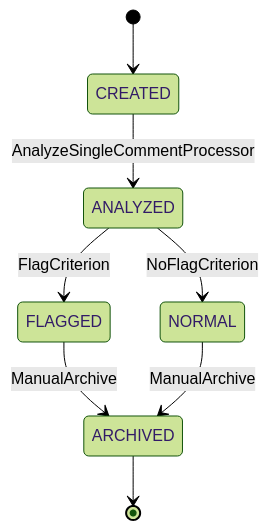
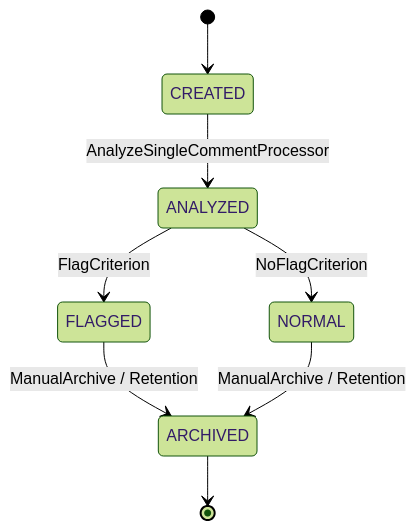
The second of 3 diagrams in src/main/java/com/java_template/prototype/functional_requirement.md (Cyoda-platform/java-client-template), drawn with Mermaid (forest theme) before and after one commit. The commit also changed other lines of this file, not shown here.

````diff
--- a/src/main/java/com/java_template/prototype/functional_requirement.md
+++ b/src/main/java/com/java_template/prototype/functional_requirement.md
@@ -75,10 +140,10 @@
 ```mermaid
 stateDiagram-v2
     [*] --> CREATED
     CREATED --> ANALYZED : AnalyzeSingleCommentProcessor
     ANALYZED --> FLAGGED : FlagCriterion
     ANALYZED --> NORMAL : NoFlagCriterion
-    FLAGGED --> ARCHIVED : ManualArchive
-    NORMAL --> ARCHIVED : ManualArchive
+    FLAGGED --> ARCHIVED : ManualArchive / Retention
+    NORMAL --> ARCHIVED : ManualArchive / Retention
     ARCHIVED --> [*]
 ```
````
